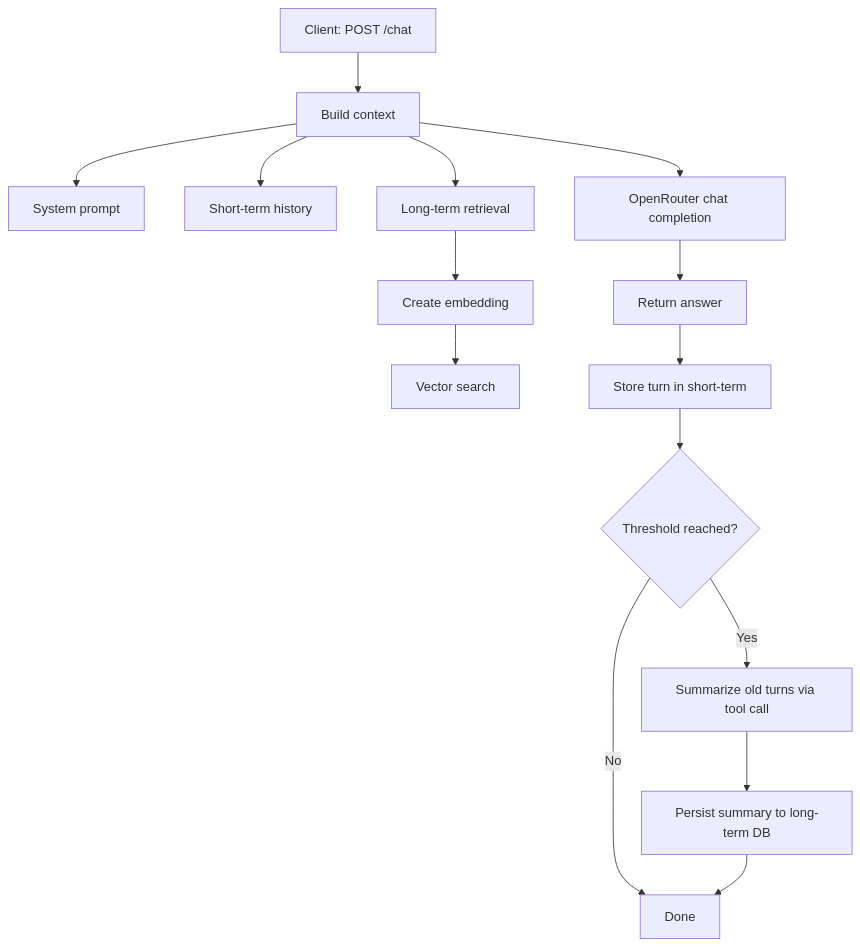
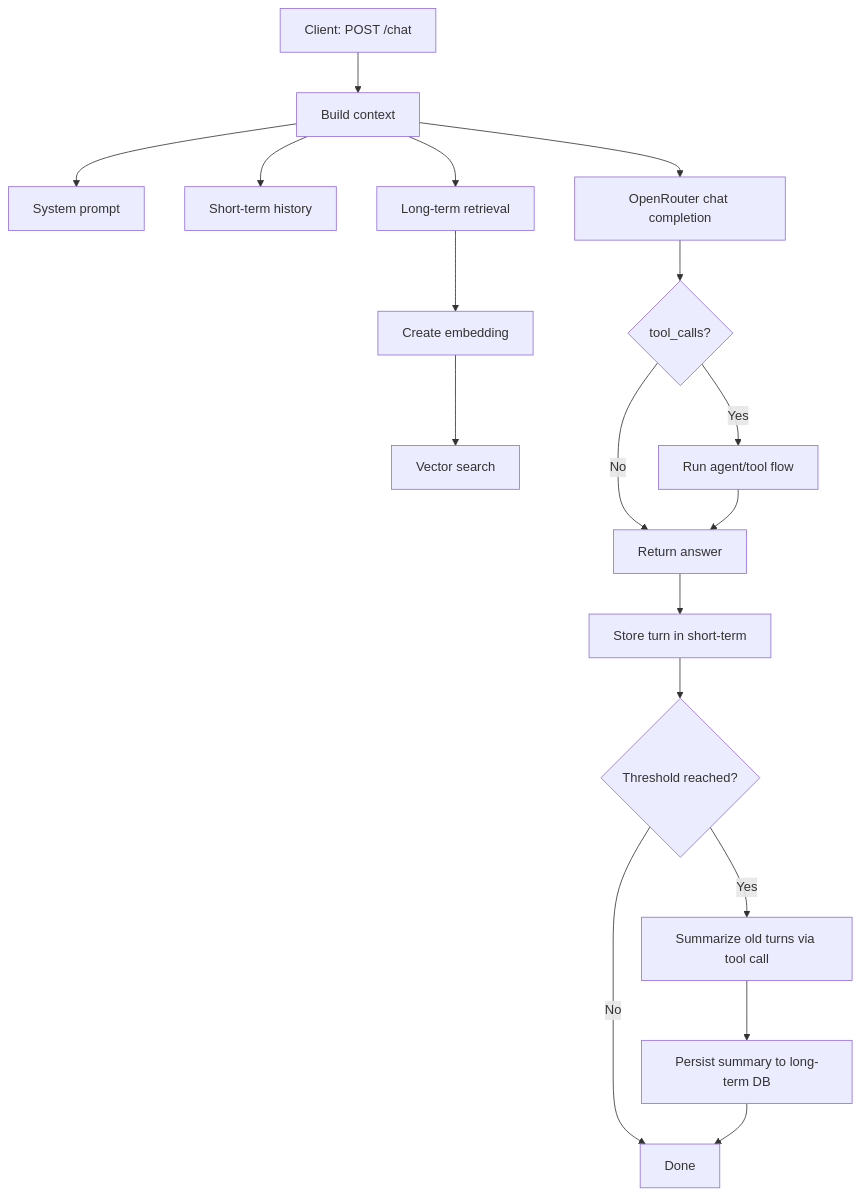
One commit to nikaydo/personal-assistant changed the diagram in README.md. Above: the diagram before and after it, drawn with Mermaid. The commit also changed other lines of this file and 9 other files, not shown here.

````diff
--- a/README.md
+++ b/README.md
@@ -56,17 +56,20 @@
 ```mermaid
 flowchart TD
     A[Client: POST /chat] --> B[Build context]
     B --> B1[System prompt]
     B --> B2[Short-term history]
     B --> B3[Long-term retrieval]
     B3 --> E1[Create embedding]
     E1 --> E2[Vector search]
     B --> C[OpenRouter chat completion]
-    C --> D[Return answer]
-    D --> F[Store turn in short-term]
-    F --> G{Threshold reached?}
-    G -->|No| H[Done]
-    G -->|Yes| I[Summarize old turns via tool call]
-    I --> J[Persist summary to long-term DB]
-    J --> H
+    C --> D{tool_calls?}
+    D -->|No| E[Return answer]
+    D -->|Yes| F[Run agent/tool flow]
+    F --> E
+    E --> G[Store turn in short-term]
+    G --> H{Threshold reached?}
+    H -->|No| I[Done]
+    H -->|Yes| J[Summarize old turns via tool call]
+    J --> K[Persist summary to long-term DB]
+    K --> I
 ```
````
